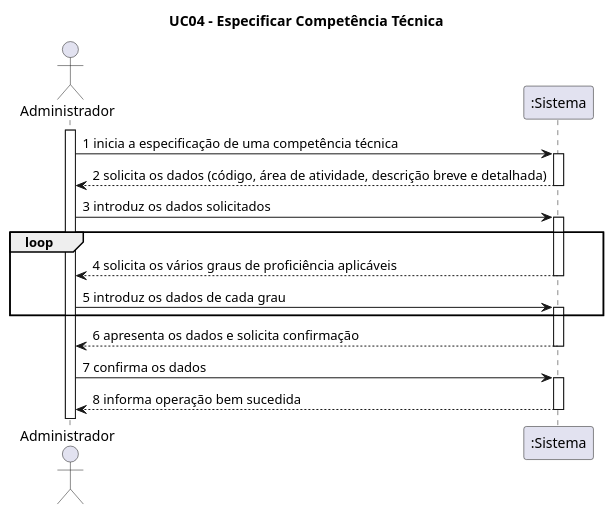
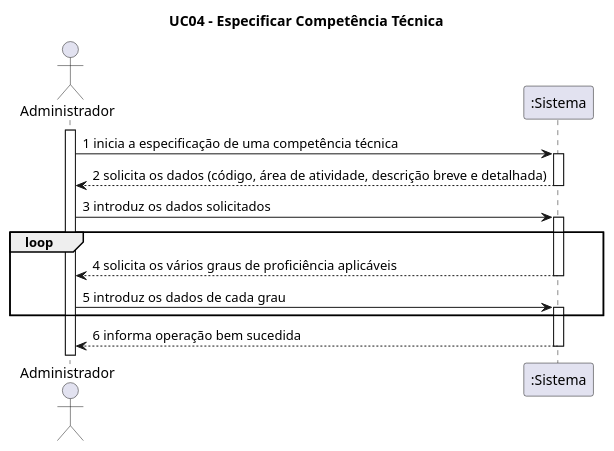
The diagram in Documentação/Sprint 2/UC04_Especificar_Competencia_Tecnica/UC04_Especificar_Competencia_Tecnica_Diagrama_Sequencia_Sistema.wsd (blestonbandeiraUPSKILL/upskill_java1_labprg_grupo2), drawn with PlantUML before and after one commit. The commit also changed 9 other files, not shown here.

```diff
--- a/Documentação/Sprint 2/UC04_Especificar_Competencia_Tecnica/UC04_Especificar_Competencia_Tecnica_Diagrama_Sequencia_Sistema.wsd
+++ b/Documentação/Sprint 2/UC04_Especificar_Competencia_Tecnica/UC04_Especificar_Competencia_Tecnica_Diagrama_Sequencia_Sistema.wsd
@@ -1,37 +1,32 @@
 @startuml
 
 title UC04 - Especificar Competência Técnica
 
 actor Administrador
 participant ":Sistema" as Sistema
 
 activate Administrador
 
 Administrador -> Sistema : 1 inicia a especificação de uma competência técnica
 activate Sistema
 
 Sistema --> Administrador: 2 solicita os dados (código, área de atividade, descrição breve e detalhada)
 deactivate Sistema
 
 Administrador -> Sistema: 3 introduz os dados solicitados
 activate Sistema
 
 loop
 
 Sistema --> Administrador: 4 solicita os vários graus de proficiência aplicáveis
 deactivate Sistema
 
 Administrador -> Sistema: 5 introduz os dados de cada grau
 activate Sistema
 
 end
 
-Sistema --> Administrador: 6 apresenta os dados e solicita confirmação
-deactivate Sistema
 
-Administrador -> Sistema: 7 confirma os dados
-activate Sistema
-
-Sistema --> Administrador: 8 informa operação bem sucedida
+Sistema --> Administrador: 6 informa operação bem sucedida
 deactivate Sistema
 @enduml
```
